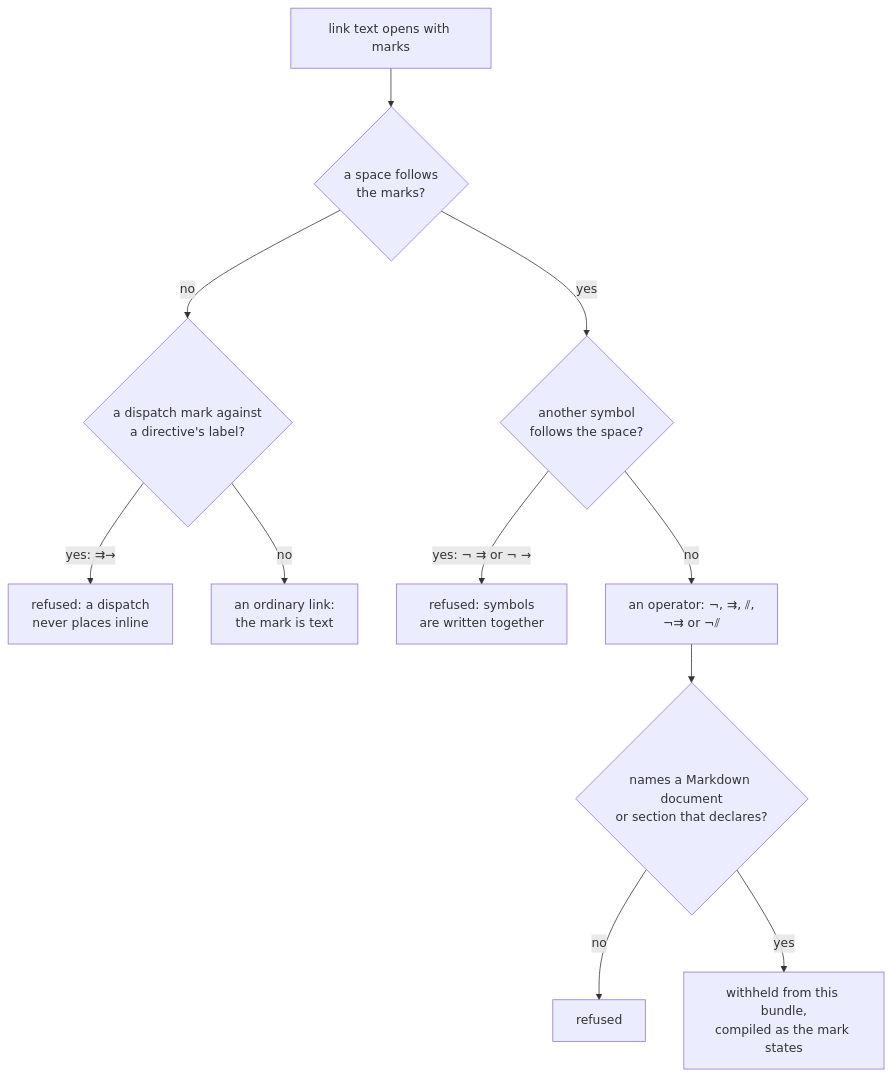
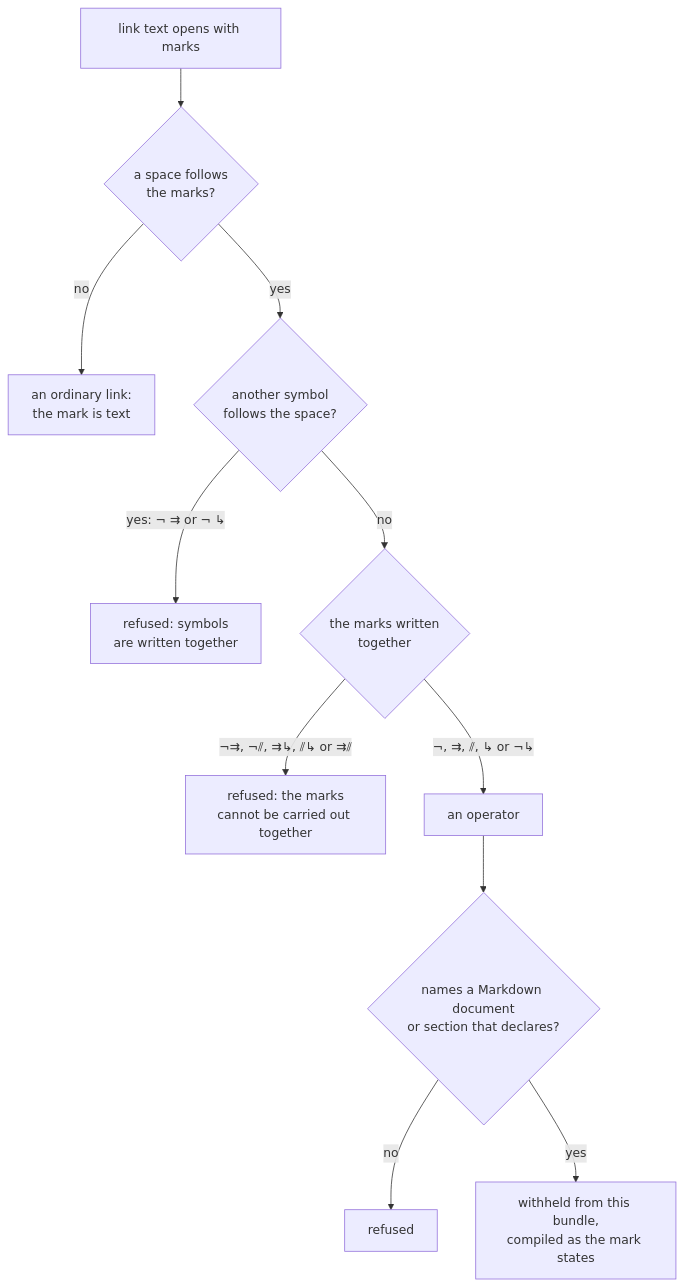
One commit to m2ux/prosiform changed the second of 2 diagrams in docs/references.md. Above: the diagram before and after it, drawn with Mermaid. The commit also changed other lines of this file and 10 other files, not shown here.

First line of the commit message:
describe the inline mark in the docs and the composition eval workflow

````diff
--- a/docs/references.md
+++ b/docs/references.md
@@ -75,13 +76,13 @@
 ```mermaid
 flowchart TD
   Text["link text opens with marks"] --> Space{"a space follows<br/>the marks?"}
-  Space -- no --> Against{"a dispatch mark against<br/>a directive's label?"}
-  Against -- "yes: ⇉→" --> Contradicts["refused: a dispatch<br/>never places inline"]
-  Against -- no --> Plain["an ordinary link:<br/>the mark is text"]
+  Space -- no --> Plain["an ordinary link:<br/>the mark is text"]
   Space -- yes --> Second{"another symbol<br/>follows the space?"}
-  Second -- "yes: ¬ ⇉ or ¬ →" --> Refused["refused: symbols<br/>are written together"]
-  Second -- no --> Operator["an operator: ¬, ⇉, ⫽,<br/>¬⇉ or ¬⫽"]
+  Second -- "yes: ¬ ⇉ or ¬ ↳" --> Refused["refused: symbols<br/>are written together"]
+  Second -- no --> Combined{"the marks written<br/>together"}
+  Combined -- "¬⇉, ¬⫽, ⇉↳, ⫽↳ or ⇉⫽" --> Contradicts["refused: the marks<br/>cannot be carried out together"]
+  Combined -- "¬, ⇉, ⫽, ↳ or ¬↳" --> Operator["an operator"]
   Operator --> Target{"names a Markdown document<br/>or section that declares?"}
   Target -- no --> RefusedToo["refused"]
   Target -- yes --> Withheld["withheld from this bundle,<br/>compiled as the mark states"]
 ```
````
